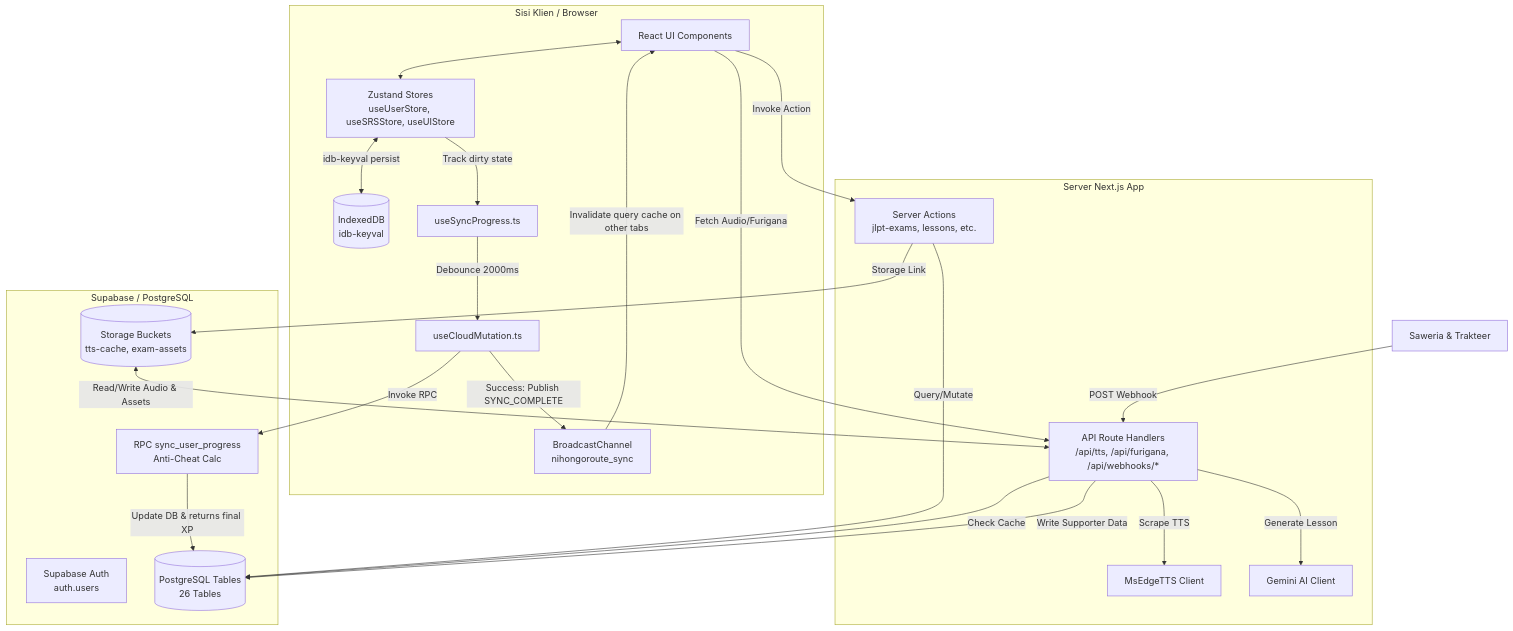
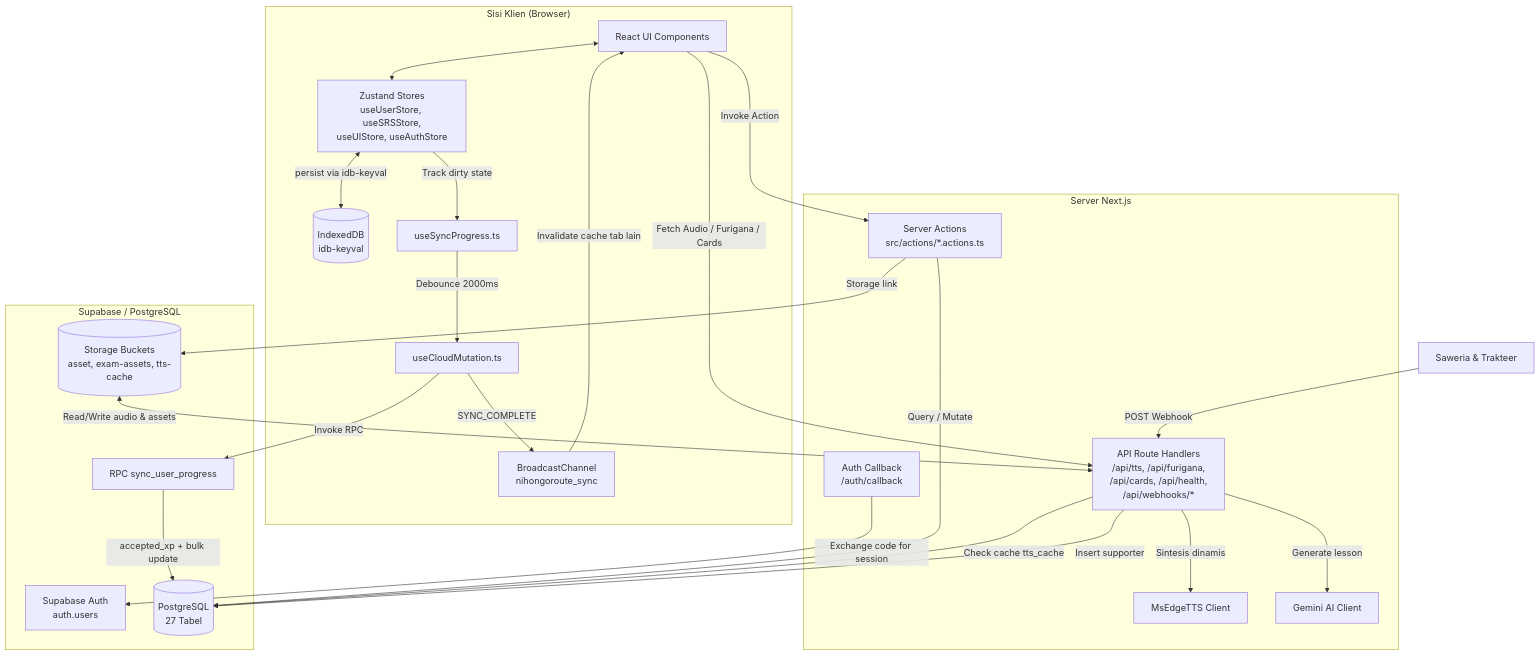
The diagram in docs/architecture.md (zan-118/nihongoroute), drawn with Mermaid before and after one commit. The commit also changed other lines of this file and 21 other files, not shown here.

````diff
--- a/docs/architecture.md
+++ b/docs/architecture.md
@@ -11,51 +9,48 @@
 ```mermaid
 graph TD
-    %% Client-side Components
-    subgraph Client [Sisi Klien / Browser]
-        UI[React UI Components]
-        Store[Zustand Stores<br/>useUserStore, useSRSStore, useUIStore]
-        IDB[(IndexedDB<br/>idb-keyval)]
-        HookSync[useSyncProgress.ts]
-        HookMut[useCloudMutation.ts]
-        BC[BroadcastChannel<br/>nihongoroute_sync]
+    subgraph Client ["Sisi Klien (Browser)"]
+        UI["React UI Components"]
+        Store["Zustand Stores<br/>useUserStore, useSRSStore,<br/>useUIStore, useAuthStore"]
+        IDB[("IndexedDB<br/>idb-keyval")]
+        HookSync["useSyncProgress.ts"]
+        HookMut["useCloudMutation.ts"]
+        BC["BroadcastChannel<br/>nihongoroute_sync"]
     end
 
-    %% Next.js Server Components
-    subgraph Server [Server Next.js App]
-        Actions[Server Actions<br/>jlpt-exams, lessons, etc.]
-        API[API Route Handlers<br/>/api/tts, /api/furigana, /api/webhooks/*]
-        EdgeTTS[MsEdgeTTS Client]
-        Gemini[Gemini AI Client]
+    subgraph Server ["Server Next.js"]
+        Actions["Server Actions<br/>src/actions/*.actions.ts"]
+        API["API Route Handlers<br/>/api/tts, /api/furigana,<br/>/api/cards, /api/health,<br/>/api/webhooks/*"]
+        AuthCB["Auth Callback<br/>/auth/callback"]
+        EdgeTTS["MsEdgeTTS Client"]
+        Gemini["Gemini AI Client"]
     end
 
-    %% Supabase Backend
-    subgraph Supabase [Supabase / PostgreSQL]
-        Auth[Supabase Auth<br/>auth.users]
-        DB[(PostgreSQL Tables<br/>26 Tables)]
-        RPC[RPC sync_user_progress<br/>Anti-Cheat Calc]
-        Buckets[(Storage Buckets<br/>tts-cache, exam-assets)]
+    subgraph Supabase ["Supabase / PostgreSQL"]
+        Auth["Supabase Auth<br/>auth.users"]
+        DB[("PostgreSQL<br/>27 Tabel")]
+        RPC["RPC sync_user_progress"]
+        Buckets[("Storage Buckets<br/>asset, exam-assets, tts-cache")]
     end
 
-    %% Third-party Webhooks
-    Donation[Saweria & Trakteer] -->|POST Webhook| API
+    Donation["Saweria & Trakteer"] -->|POST Webhook| API
 
-    %% Interconnections
     UI <--> Store
-    Store <-->|idb-keyval persist| IDB
+    Store <-->|persist via idb-keyval| IDB
     Store -->|Track dirty state| HookSync
     HookSync -->|Debounce 2000ms| HookMut
     HookMut -->|Invoke RPC| RPC
-    RPC -->|Update DB & returns final XP| DB
-    HookMut -->|Success: Publish SYNC_COMPLETE| BC
-    BC -->|Invalidate query cache on other tabs| UI
+    RPC -->|accepted_xp + bulk update| DB
+    HookMut -->|SYNC_COMPLETE| BC
+    BC -->|Invalidate cache tab lain| UI
 
     UI -->|Invoke Action| Actions
-    Actions -->|Query/Mutate| DB
-    UI -->|Fetch Audio/Furigana| API
-    API -->|Check Cache| DB
-    API -->|Scrape TTS| EdgeTTS
-    API -->|Generate Lesson| Gemini
-    API -->|Write Supporter Data| DB
-    Buckets <-->|Read/Write Audio & Assets| API
-    Actions -->|Storage Link| Buckets
+    Actions -->|Query / Mutate| DB
+    UI -->|Fetch Audio / Furigana / Cards| API
+    API -->|Check cache tts_cache| DB
+    API -->|Sintesis dinamis| EdgeTTS
+    API -->|Generate lesson| Gemini
+    API -->|Insert supporter| DB
+    Buckets <-->|Read/Write audio & assets| API
+    Actions -->|Storage link| Buckets
+    AuthCB -->|Exchange code for session| Auth
 ```
````
